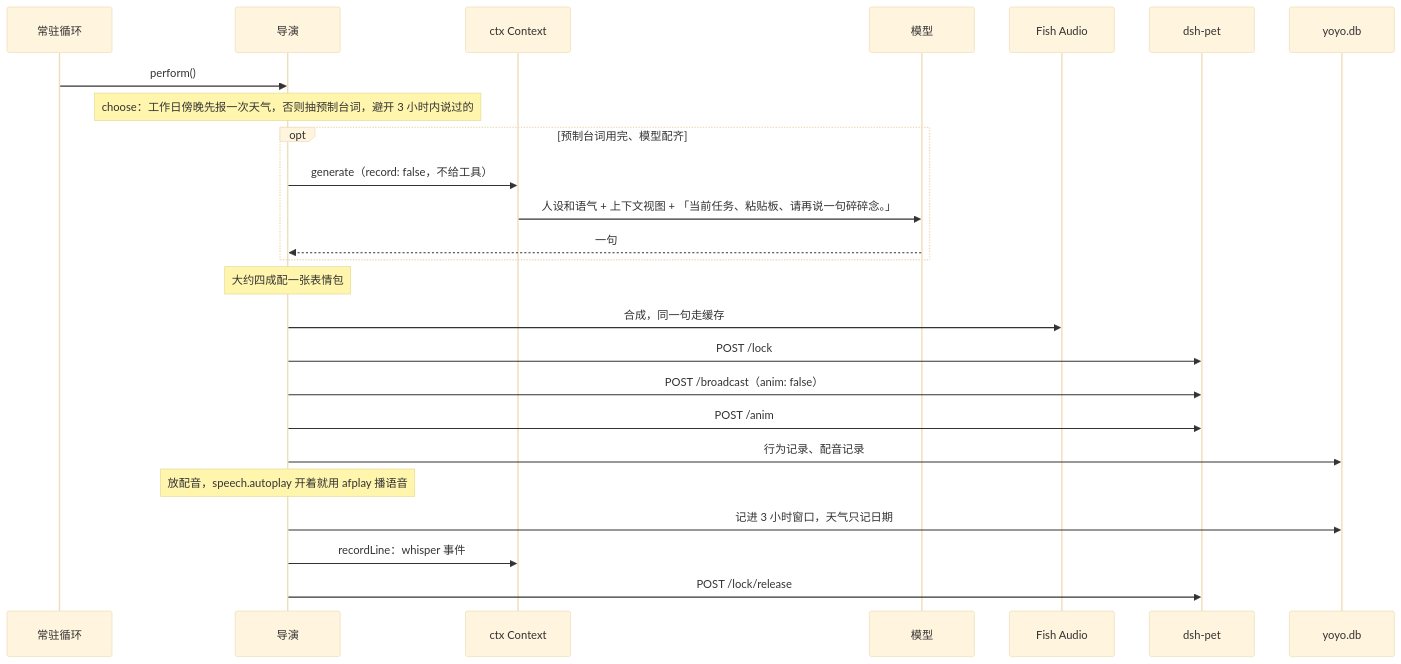
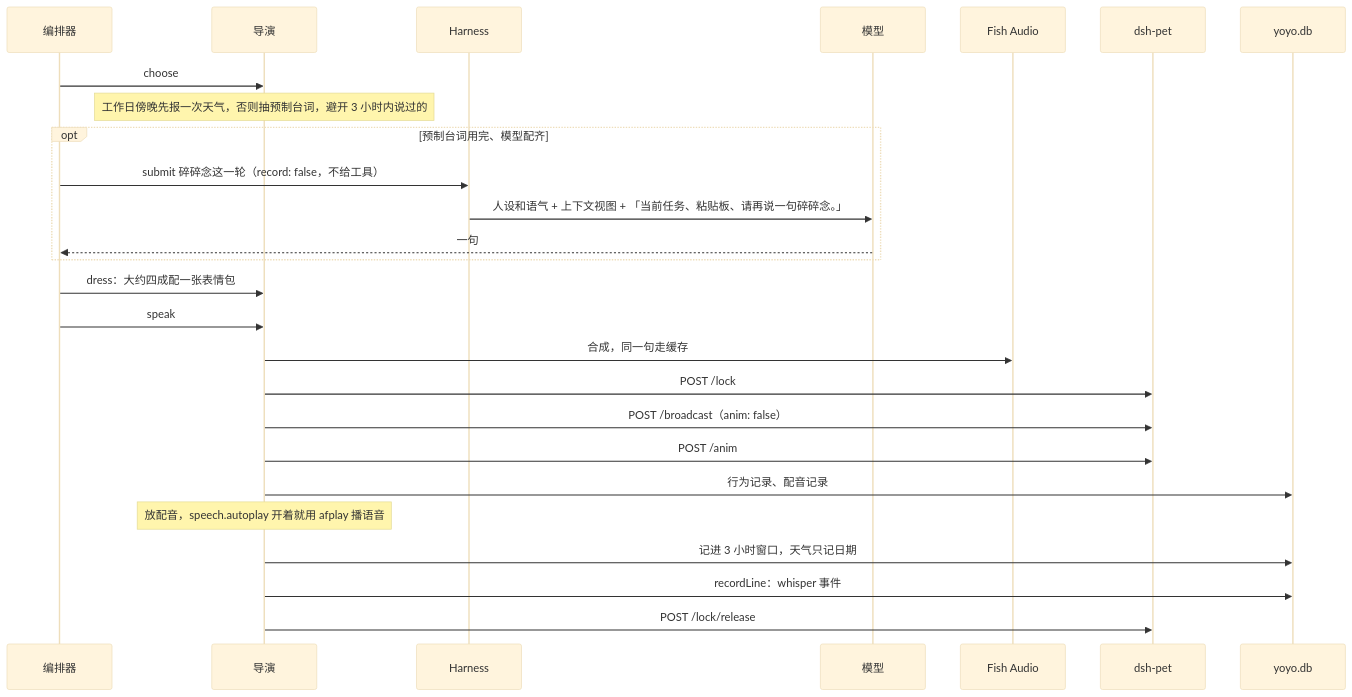
Before and after one commit to modelctx-ai/yoyo: the third of 5 diagrams in docs/tech/architecture.md, drawn with Mermaid (base theme). The commit also changed other lines of this file and 20 other files, not shown here.

````diff
--- a/docs/tech/architecture.md
+++ b/docs/tech/architecture.md
@@ -147,27 +194,28 @@
 ```mermaid
 sequenceDiagram
-  participant Daemon as 常驻循环
+  participant Orch as 编排器
   participant Dir as 导演
-  participant Ctx as ctx Context
+  participant H as Harness
   participant LLM as 模型
   participant TTS as Fish Audio
   participant Pet as dsh-pet
   participant DB as yoyo.db
-  Daemon->>Dir: perform()
-  Note over Dir: choose：工作日傍晚先报一次天气，否则抽预制台词，避开 3 小时内说过的
+  Orch->>Dir: choose
+  Note over Dir: 工作日傍晚先报一次天气，否则抽预制台词，避开 3 小时内说过的
   opt 预制台词用完、模型配齐
-    Dir->>Ctx: generate（record: false，不给工具）
-    Ctx->>LLM: 人设和语气 + 上下文视图 + 「当前任务、粘贴板、请再说一句碎碎念。」
-    LLM-->>Dir: 一句
+    Orch->>H: submit 碎碎念这一轮（record: false，不给工具）
+    H->>LLM: 人设和语气 + 上下文视图 + 「当前任务、粘贴板、请再说一句碎碎念。」
+    LLM-->>Orch: 一句
   end
-  Note over Dir: 大约四成配一张表情包
+  Orch->>Dir: dress：大约四成配一张表情包
+  Orch->>Dir: speak
   Dir->>TTS: 合成，同一句走缓存
   Dir->>Pet: POST /lock
   Dir->>Pet: POST /broadcast（anim: false）
   Dir->>Pet: POST /anim
   Dir->>DB: 行为记录、配音记录
   Note over Dir: 放配音，speech.autoplay 开着就用 afplay 播语音
   Dir->>DB: 记进 3 小时窗口，天气只记日期
-  Dir->>Ctx: recordLine：whisper 事件
+  Dir->>DB: recordLine：whisper 事件
   Dir->>Pet: POST /lock/release
 ```
````
